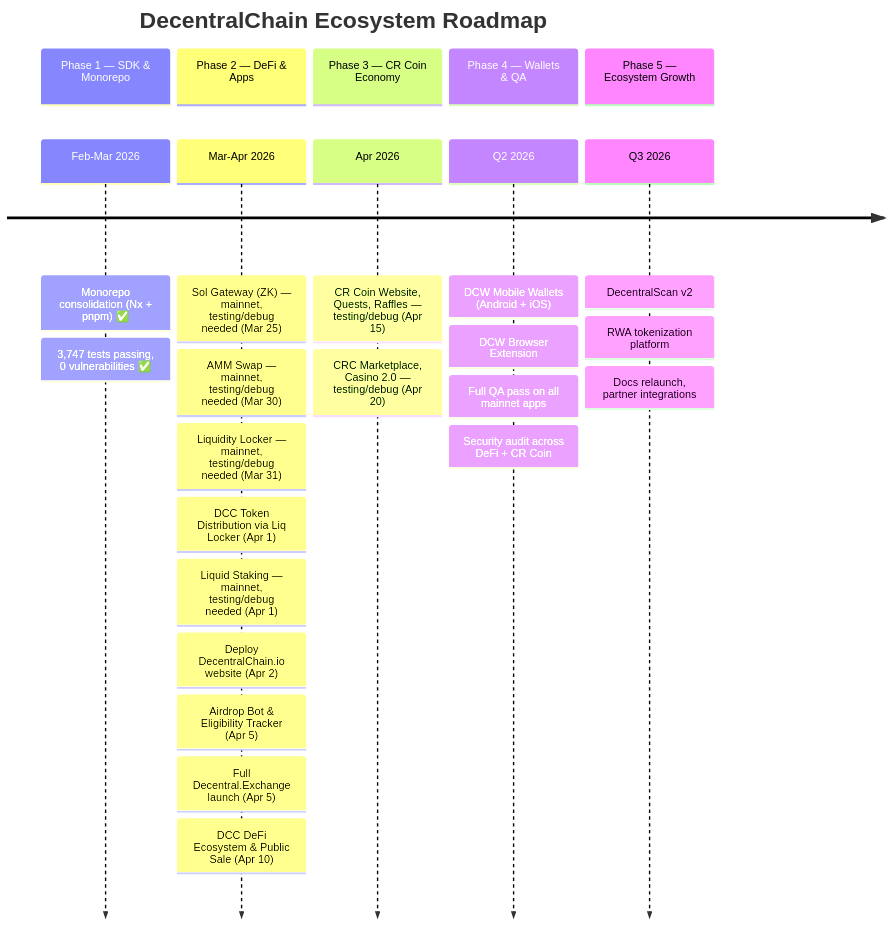
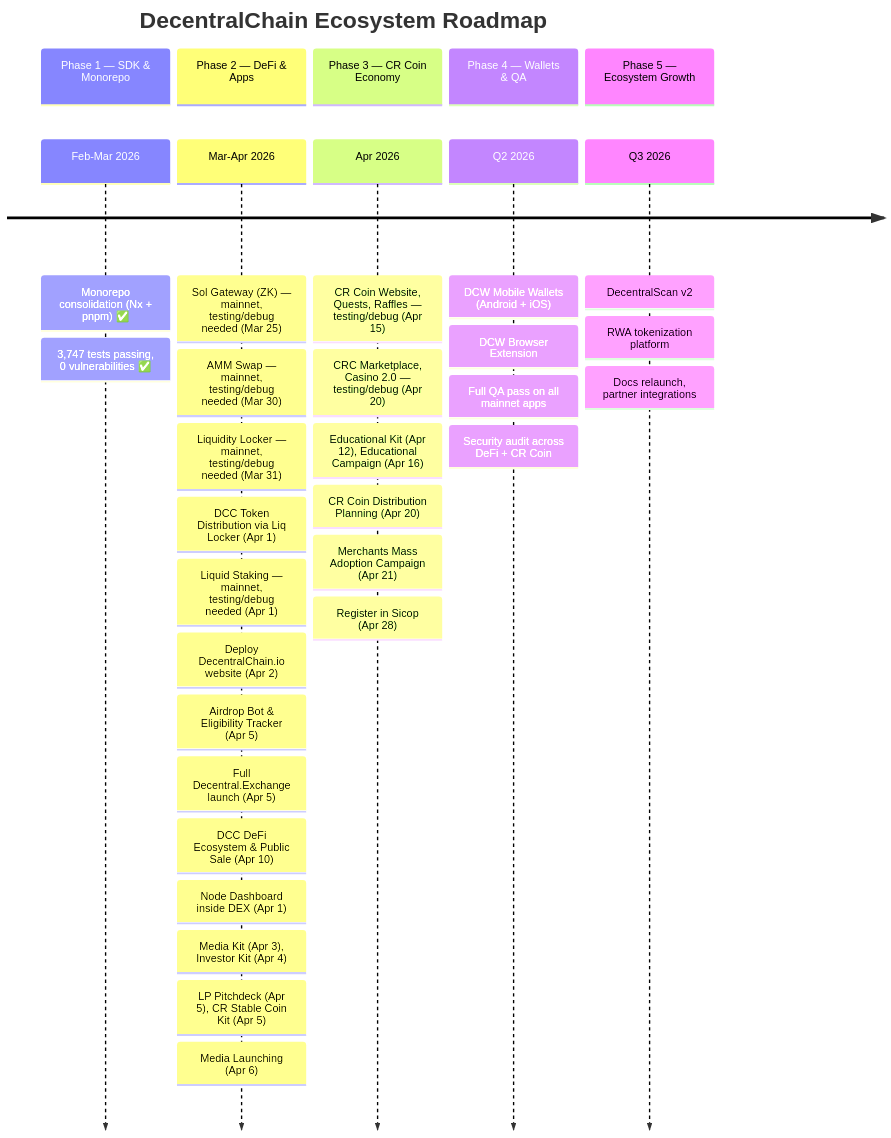
The first of 11 diagrams in ROADMAP.md (33imattei33/roadmap-project), drawn with Mermaid before and after one commit. The commit also changed other lines of this file, not shown here.

First line of the commit message:
docs: add 11 new deliverables to roadmap (Apr 1–28)

````diff
--- a/ROADMAP.md
+++ b/ROADMAP.md
@@ -24,29 +24,37 @@
 ```mermaid
 timeline
     title DecentralChain Ecosystem Roadmap
     section Phase 1 — SDK & Monorepo
         Feb-Mar 2026 : Monorepo consolidation (Nx + pnpm) ✅
                      : 3,747 tests passing, 0 vulnerabilities ✅
     section Phase 2 — DeFi & Apps
         Mar-Apr 2026 : Sol Gateway (ZK) — mainnet, testing/debug needed (Mar 25)
                      : AMM Swap — mainnet, testing/debug needed (Mar 30)
                      : Liquidity Locker — mainnet, testing/debug needed (Mar 31)
                      : DCC Token Distribution via Liq Locker (Apr 1)
                      : Liquid Staking — mainnet, testing/debug needed (Apr 1)
                      : Deploy DecentralChain.io website (Apr 2)
                      : Airdrop Bot & Eligibility Tracker (Apr 5)
                      : Full Decentral.Exchange launch (Apr 5)
                      : DCC DeFi Ecosystem & Public Sale (Apr 10)
+                     : Node Dashboard inside DEX (Apr 1)
+                     : Media Kit (Apr 3), Investor Kit (Apr 4)
+                     : LP Pitchdeck (Apr 5), CR Stable Coin Kit (Apr 5)
+                     : Media Launching (Apr 6)
     section Phase 3 — CR Coin Economy
         Apr 2026     : CR Coin Website, Quests, Raffles — testing/debug (Apr 15)
                      : CRC Marketplace, Casino 2.0 — testing/debug (Apr 20)
+                     : Educational Kit (Apr 12), Educational Campaign (Apr 16)
+                     : CR Coin Distribution Planning (Apr 20)
+                     : Merchants Mass Adoption Campaign (Apr 21)
+                     : Register in Sicop (Apr 28)
     section Phase 4 — Wallets & QA
         Q2 2026 : DCW Mobile Wallets (Android + iOS)
                 : DCW Browser Extension
                 : Full QA pass on all mainnet apps
                 : Security audit across DeFi + CR Coin
     section Phase 5 — Ecosystem Growth
         Q3 2026 : DecentralScan v2
                 : RWA tokenization platform
                 : Docs relaunch, partner integrations
 ```
````
